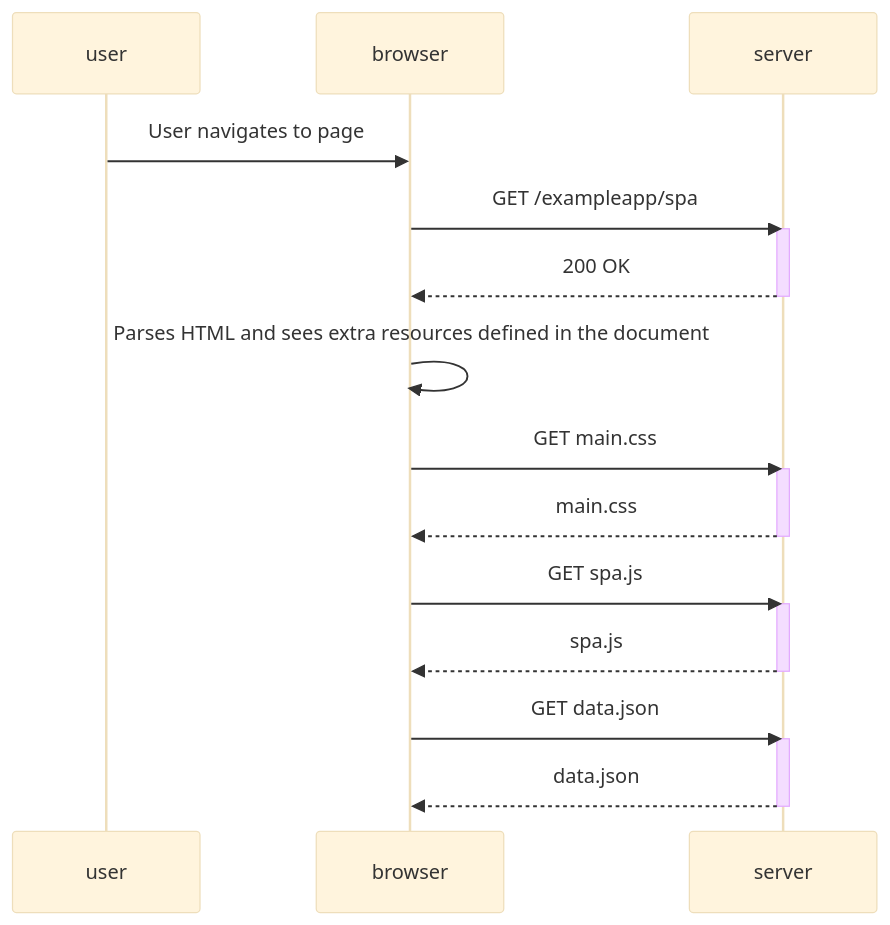
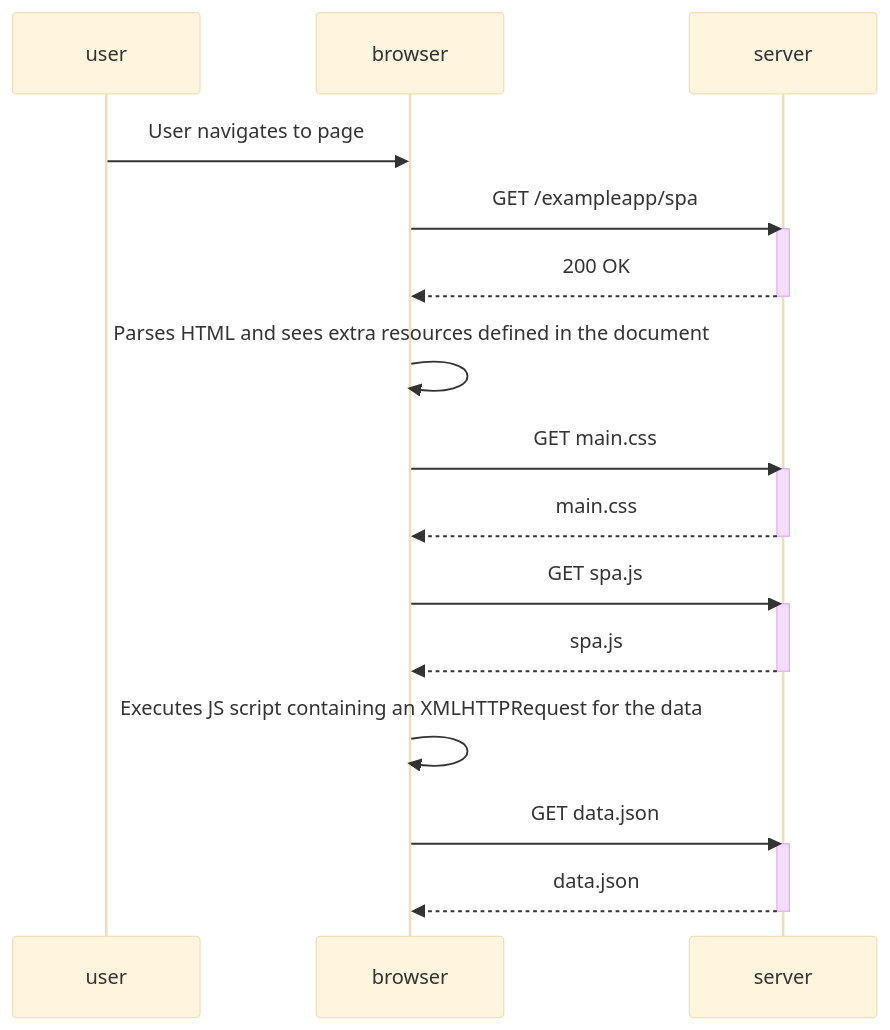
The diagram in part 0/0.5.md (vicortez/Fullstack-Open-exercises), drawn with Mermaid (base theme) before and after one commit. The commit also changed 1 other file, not shown here.

Commit message:
update exercises

````diff
--- a/part 0/0.5.md
+++ b/part 0/0.5.md
@@ -5,30 +5,32 @@
 ```mermaid
 sequenceDiagram
 participant user
 participant browser
 participant server
 
 user->>browser: User navigates to page
 browser->>server: GET /exampleapp/spa
 activate server
 server-->>browser: 200 OK
 deactivate server
 
 browser->>browser: Parses HTML and sees extra resources defined in the document
 
 browser->>server: GET main.css
 activate server
 server-->>browser: main.css
 deactivate server
 
 browser->>server: GET spa.js
 activate server
 server-->>browser: spa.js
 deactivate server
 
+browser->>browser: Executes JS script containing an XMLHTTPRequest for the data
+
 browser->>server: GET data.json
 activate server
 server-->>browser: data.json
 deactivate server
 
 ```
````
